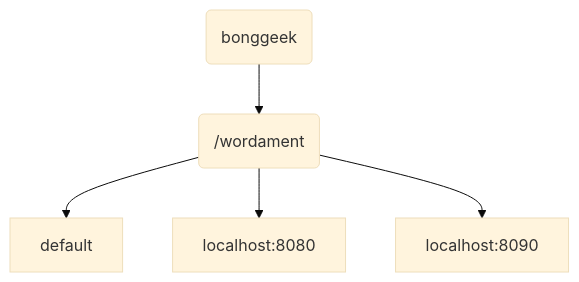
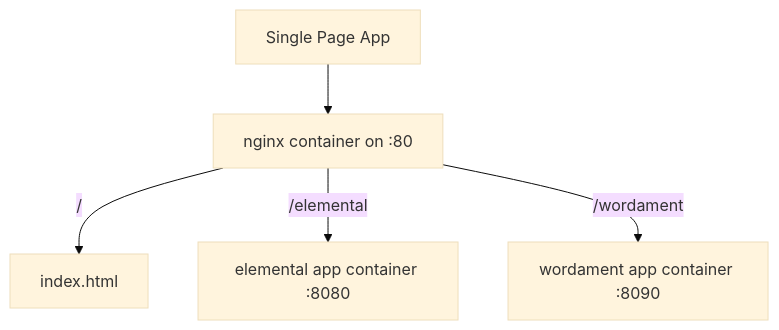
Before and after one commit to abhinababasu/infra: the diagram in README.md, drawn with Mermaid (base theme).

Commit message:
diagram updates

````diff
--- a/README.md
+++ b/README.md
@@ -8,8 +8,8 @@
 ```mermaid
 graph TD;
-    Web(bonggeek)-->nginx;
-    nginx --> default;
-    nginx(/elemental) --> localhost:8080;
-    nginx(/wordament) --> localhost:8090;
+    Web[Single Page App] --> RevProxy[nginx container on :80];
+    RevProxy --> |/| default[index.html];
+    RevProxy --> |/elemental| elemental[elemental app container :8080];
+    RevProxy --> |/wordament| wordament[wordament app container :8090];
 
 ```
````
